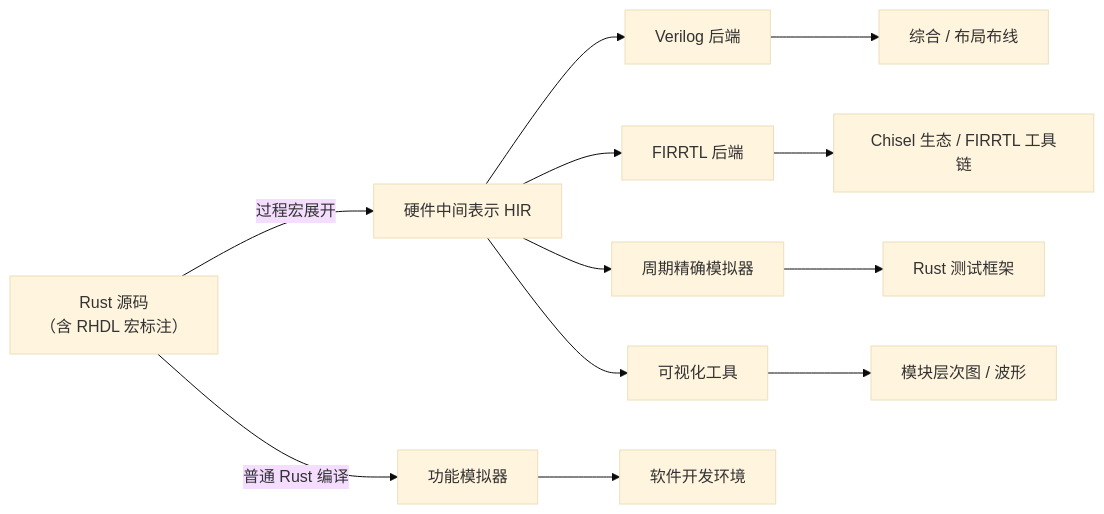
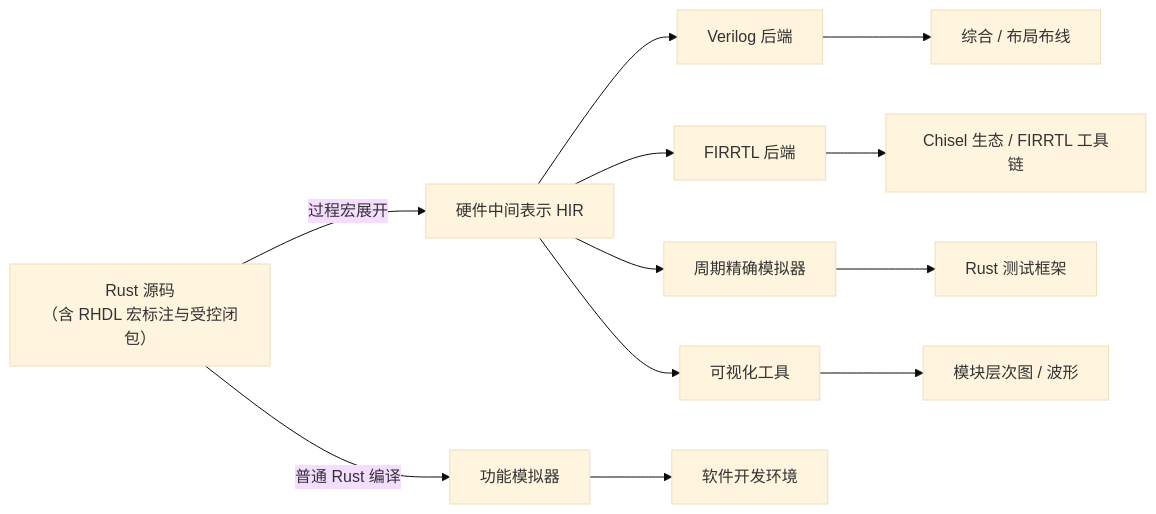
One commit to TangCan/bitloom changed the second of 10 diagrams in docs/requirements/1. 项目概述.md. Above: the diagram before and after it, drawn with Mermaid (base theme). The commit also changed other lines of this file, not shown here.

````diff
--- a/docs/requirements/1. 项目概述.md
+++ b/docs/requirements/1. 项目概述.md
@@ -46,15 +48,14 @@
 ```mermaid
 flowchart LR
-    A[Rust 源码<br>（含 RHDL 宏标注）] -->|过程宏展开| B[硬件中间表示 HIR]
+    A[Rust 源码<br>（含 RHDL 宏标注与受控闭包）] -->|过程宏展开| B[硬件中间表示 HIR]
     B --> C[Verilog 后端]
     B --> D[FIRRTL 后端]
     B --> E[周期精确模拟器]
     B --> F[可视化工具]
     A -->|普通 Rust 编译| G[功能模拟器]
     C --> H[综合 / 布局布线]
     D --> I[Chisel 生态 / FIRRTL 工具链]
     E --> J[Rust 测试框架]
     F --> K[模块层次图 / 波形]
     G --> L[软件开发环境]
-
 ```
````
